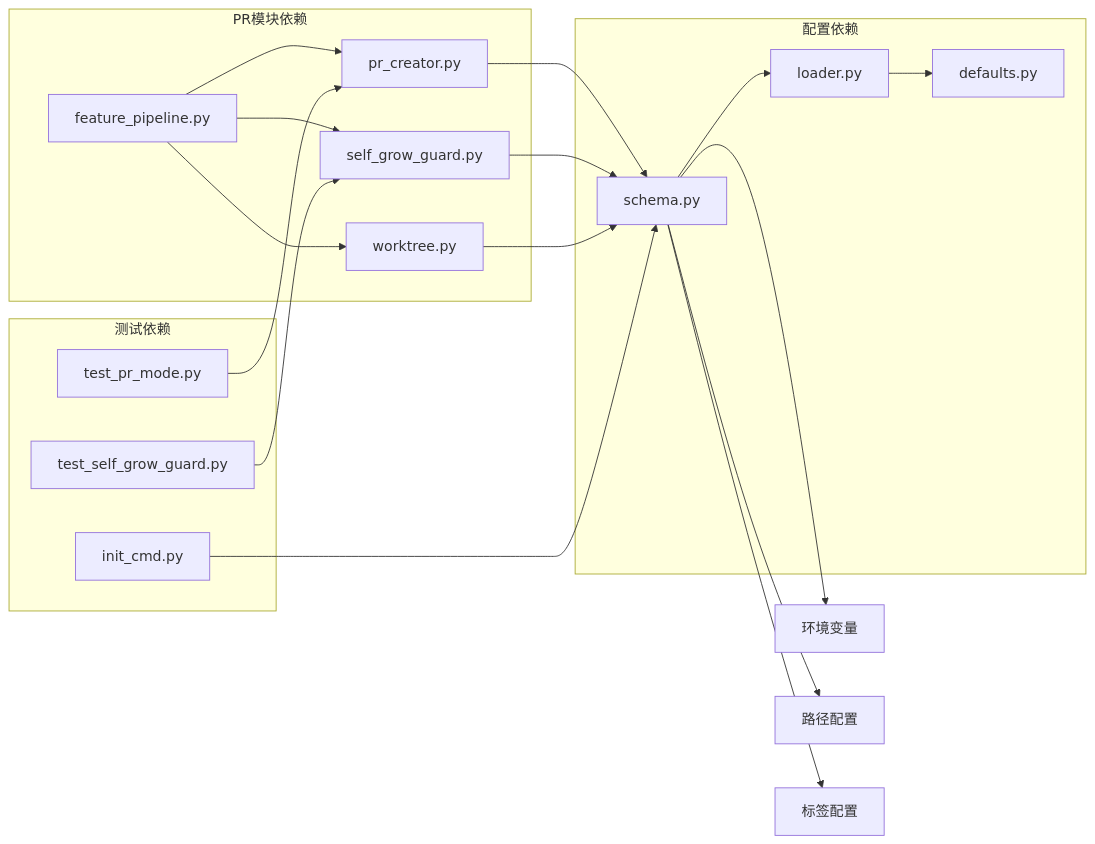
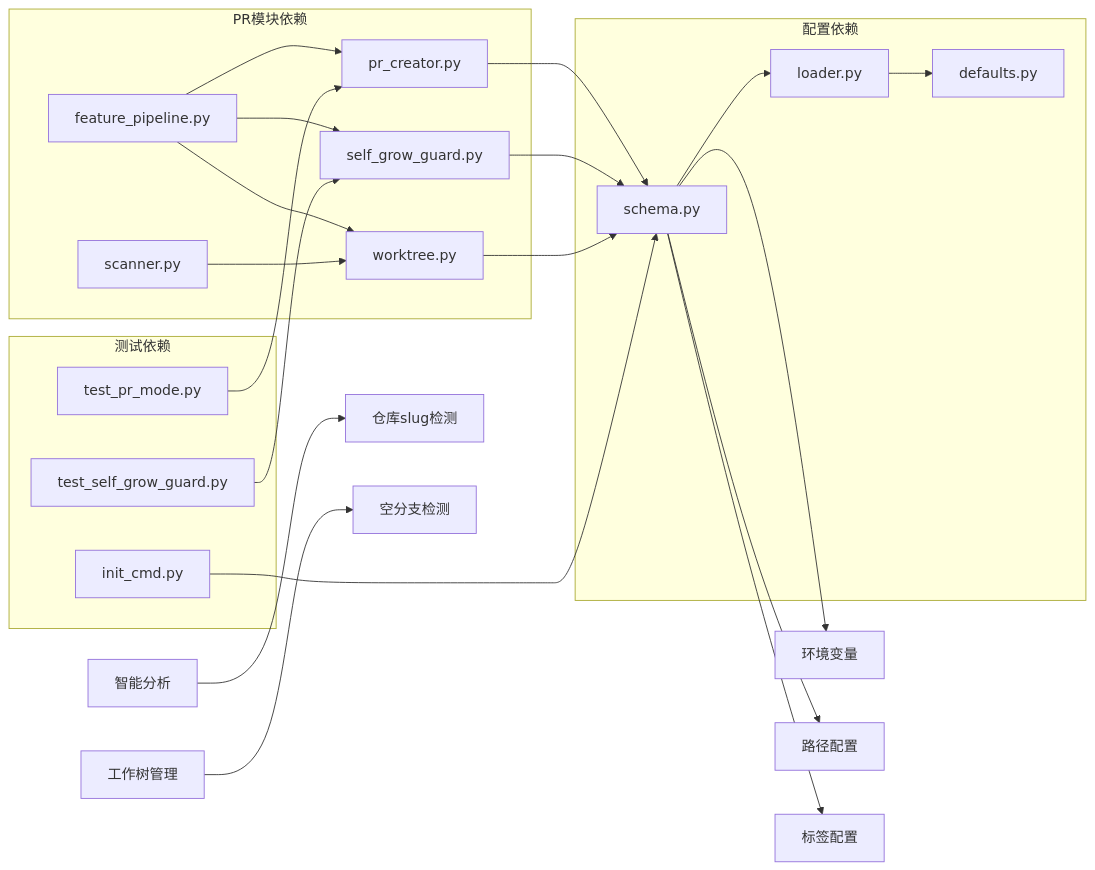
One commit to pinsonchen/vivify changed the eighth of 8 diagrams in .qoder/repowiki/zh/content/技术实现参考/代码替换策略/PR创建和工作树管理.md. Above: the diagram before and after it, drawn with Mermaid. The commit also changed other lines of this file and 9 other files, not shown here.

````diff
--- a/.qoder/repowiki/zh/content/技术实现参考/代码替换策略/PR创建和工作树管理.md
+++ b/.qoder/repowiki/zh/content/技术实现参考/代码替换策略/PR创建和工作树管理.md
@@ -317,23 +397,26 @@
 ```mermaid
 graph LR
 subgraph "配置依赖"
 A[schema.py] --> B[loader.py]
 B --> C[defaults.py]
 end
 subgraph "PR模块依赖"
 D[pr_creator.py] --> A
 E[self_grow_guard.py] --> A
 F[worktree.py] --> A
 G[feature_pipeline.py] --> D
 G --> E
 G --> F
+H[scanner.py] --> F
 end
 subgraph "测试依赖"
-H[test_pr_mode.py] --> D
-I[test_self_grow_guard.py] --> E
-J[init_cmd.py] --> A
+I[test_pr_mode.py] --> D
+J[test_self_grow_guard.py] --> E
+K[init_cmd.py] --> A
 end
-A --> K[环境变量]
-A --> L[路径配置]
-A --> M[标签配置]
+A --> L[环境变量]
+A --> M[路径配置]
+A --> N[标签配置]
+O[智能分析] --> P[仓库slug检测]
+Q[工作树管理] --> R[空分支检测]
 ```
````
